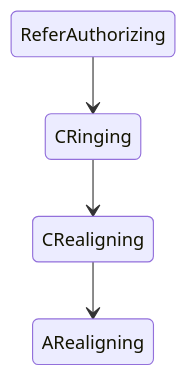
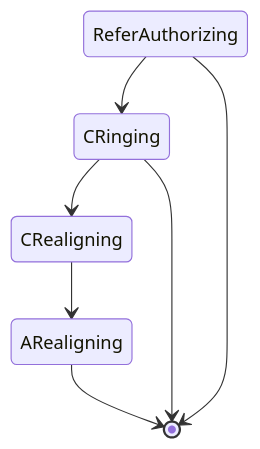
One commit to vcharbon/siprustserver changed the diagram in docs/sm/transfer.md. Above: the diagram before and after it, drawn with Mermaid. The commit also changed 11 other files, not shown here.

````diff
--- a/docs/sm/transfer.md
+++ b/docs/sm/transfer.md
@@ -6,10 +6,13 @@
 ```mermaid
 stateDiagram-v2
     ARealigning
     CRealigning
     CRinging
     ReferAuthorizing
+    ARealigning --> [*]
     CRealigning --> ARealigning
     CRinging --> CRealigning
+    CRinging --> [*]
     ReferAuthorizing --> CRinging
+    ReferAuthorizing --> [*]
 ```
````
